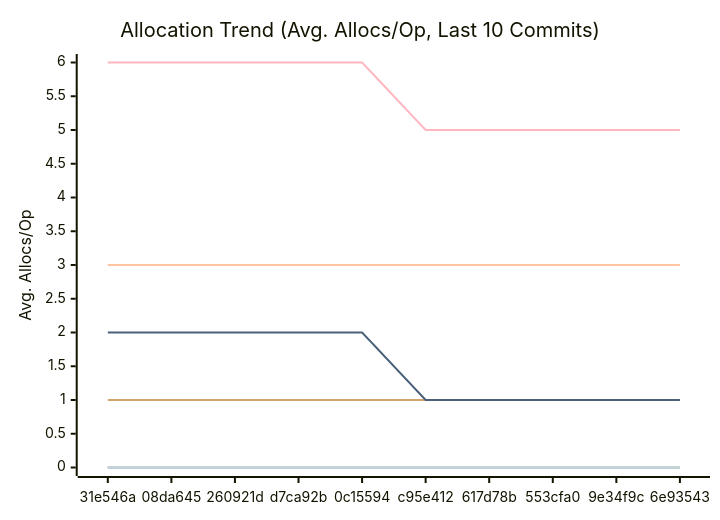
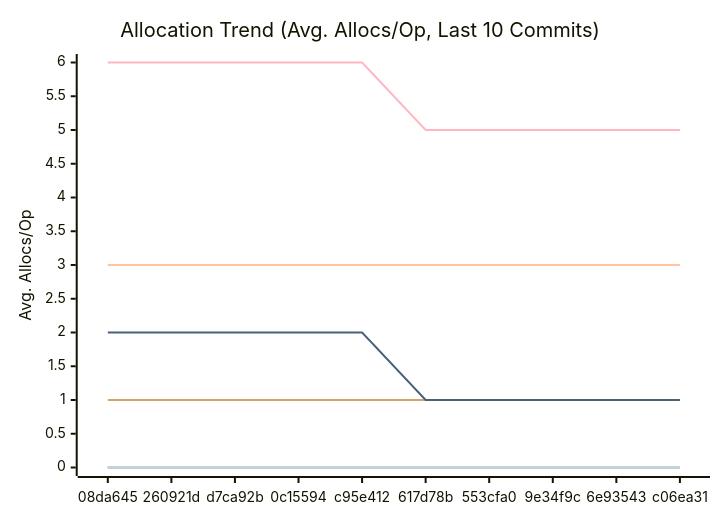
The third of 3 diagrams in docs/PERFORMANCE.md (alsotoes/momo), drawn with Mermaid before and after one commit. The commit also changed other lines of this file and 2 other files, not shown here.

````diff
--- a/docs/PERFORMANCE.md
+++ b/docs/PERFORMANCE.md
@@ -114,16 +114,16 @@
 ```mermaid
 xychart-beta
     title "Allocation Trend (Avg. Allocs/Op, Last 10 Commits)"
     x-axis "Commit"
     y-axis "Avg. Allocs/Op"
-    x-axis [31e546a,08da645,260921d,d7ca92b,0c15594,c95e412,617d78b,553cfa0,9e34f9c,6e93543]
+    x-axis [08da645,260921d,d7ca92b,0c15594,c95e412,617d78b,553cfa0,9e34f9c,6e93543,c06ea31]
     line "CheckMetricsAndSwap" [0,0,0,0,0,0,0,0,0,0]
     line "CrushOptimized" [0,0,0,0,0,0,0,0,0,0]
     line "CrushOriginal" [3,3,3,3,3,3,3,3,3,3]
     line "IndexDirectTracking" [0,0,0,0,0,0,0,0,0,0]
     line "IndexSearch" [0,0,0,0,0,0,0,0,0,0]
     line "LoadGlobalConfig" [1,1,1,1,1,1,1,1,1,1]
     line "PadString" [0,0,0,0,0,0,0,0,0,0]
     line "ParseReplicationOrder_NoPrealloc" [6,6,6,6,6,5,5,5,5,5]
     line "ParseReplicationOrder_Prealloc" [2,2,2,2,2,1,1,1,1,1]
 ```
````
